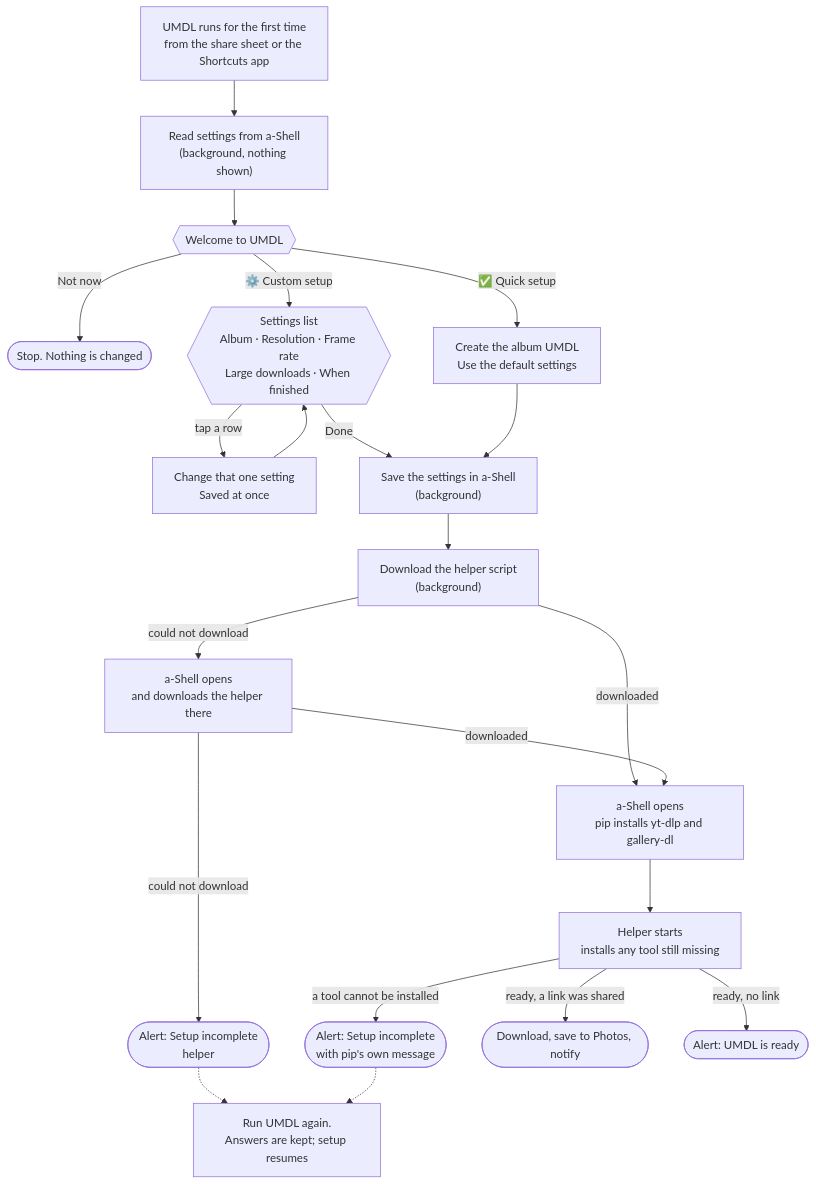
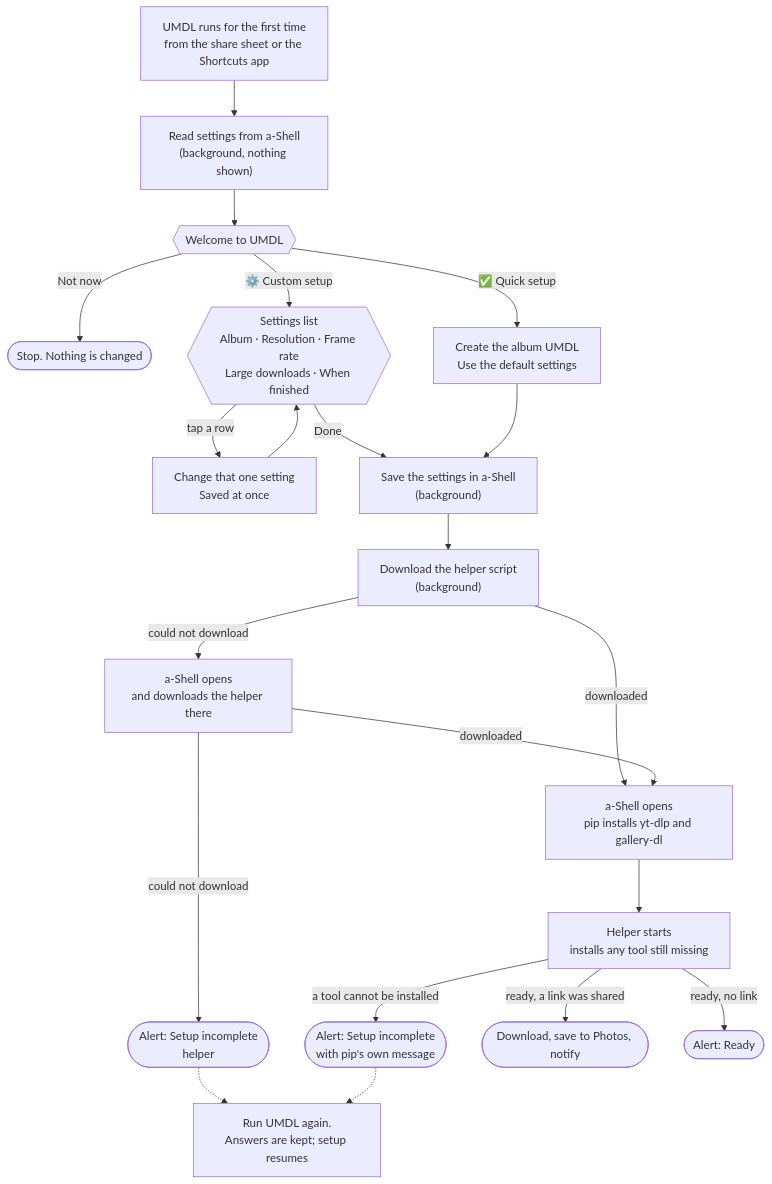
The first of 4 diagrams in docs/BEHAVIOR.md (TheKfcBandit/UMDL), drawn with Mermaid before and after one commit. The commit also changed other lines of this file and 14 other files, not shown here.

````diff
--- a/docs/BEHAVIOR.md
+++ b/docs/BEHAVIOR.md
@@ -48,23 +48,23 @@
 ```mermaid
 flowchart TD
     S["UMDL runs for the first time<br/>from the share sheet or the Shortcuts app"] --> P["Read settings from a-Shell<br/>(background, nothing shown)"]
     P --> W{{"Welcome to UMDL"}}
     W -- "Not now" --> X(["Stop. Nothing is changed"])
     W -- "✅ Quick setup" --> QA["Create the album UMDL<br/>Use the default settings"]
     W -- "⚙️ Custom setup" --> C{{"Settings list<br/>Album · Resolution · Frame rate<br/>Large downloads · When finished"}}
     C -- "tap a row" --> C1["Change that one setting<br/>Saved at once"]
     C1 --> C
     C -- "Done" --> SV
     QA --> SV["Save the settings in a-Shell<br/>(background)"]
     SV --> F["Download the helper script<br/>(background)"]
     F -- "downloaded" --> A["a-Shell opens<br/>pip installs yt-dlp and gallery-dl"]
     F -- "could not download" --> F2["a-Shell opens<br/>and downloads the helper there"]
     F2 -- "downloaded" --> A
     F2 -- "could not download" --> E1(["Alert: Setup incomplete<br/>helper"])
     A --> H["Helper starts<br/>installs any tool still missing"]
     H -- "a tool cannot be installed" --> E2(["Alert: Setup incomplete<br/>with pip's own message"])
     H -- "ready, a link was shared" --> D(["Download, save to Photos, notify"])
-    H -- "ready, no link" --> R(["Alert: UMDL is ready"])
+    H -- "ready, no link" --> R(["Alert: Ready"])
     E1 -.-> RT["Run UMDL again.<br/>Answers are kept; setup resumes"]
     E2 -.-> RT
 ```
````
